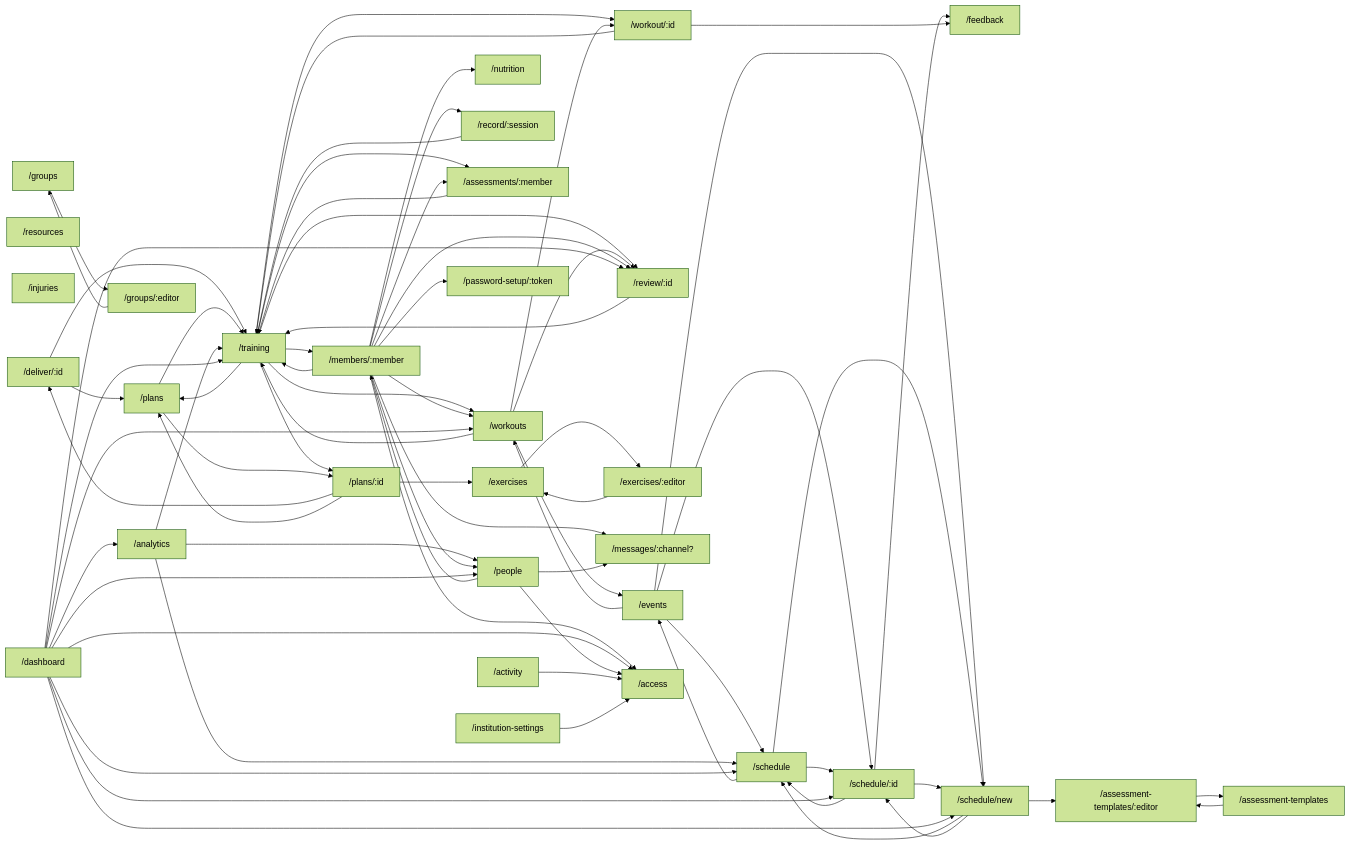
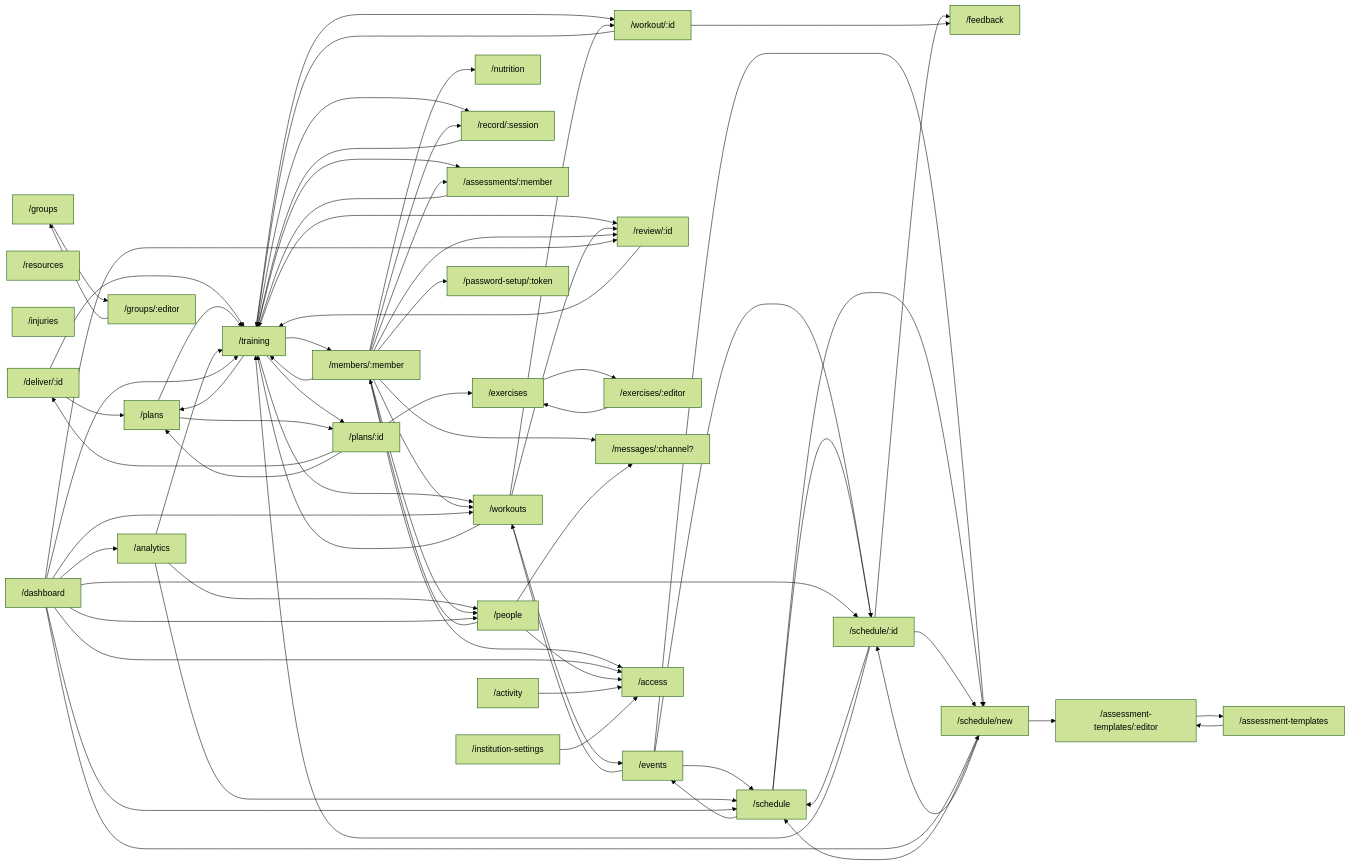
One commit to Rafik-Athlete-Managment/Rafik-OpenSource changed the second of 2 diagrams in docs/reference/frontend/navigation.md. Above: the diagram before and after it, drawn with Mermaid (forest theme). The commit also changed other lines of this file and 35 other files, not shown here.

```diff
--- a/docs/reference/frontend/navigation.md
+++ b/docs/reference/frontend/navigation.md
@@ -208,6 +208,7 @@
   r2 --> r24
   r2 --> r6
   r2 --> r7
+  r2 --> r23
   r2 --> r5
   r2 --> r36
   r2 --> r4
@@ -239,6 +240,7 @@
   r18 --> r8
   r18 --> r16
   r18 --> r17
+  r18 --> r2
   r19 --> r20
   r20 --> r19
   r21 --> r22
```
